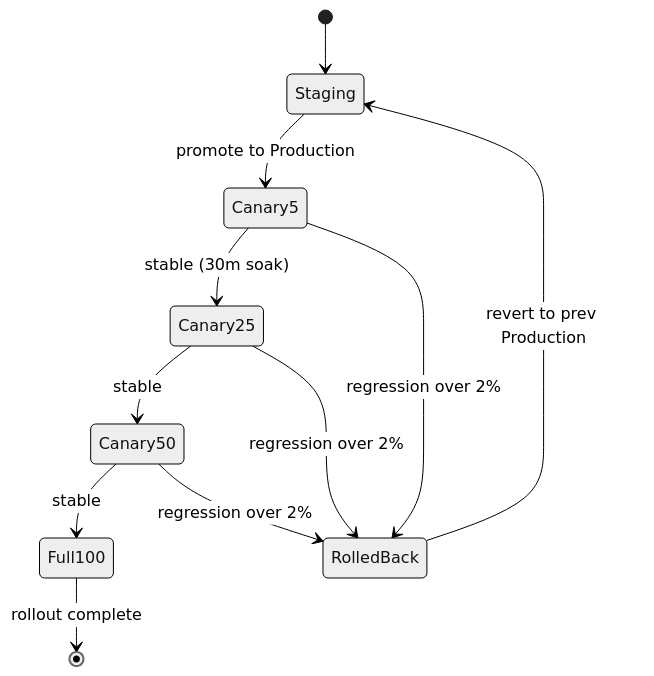
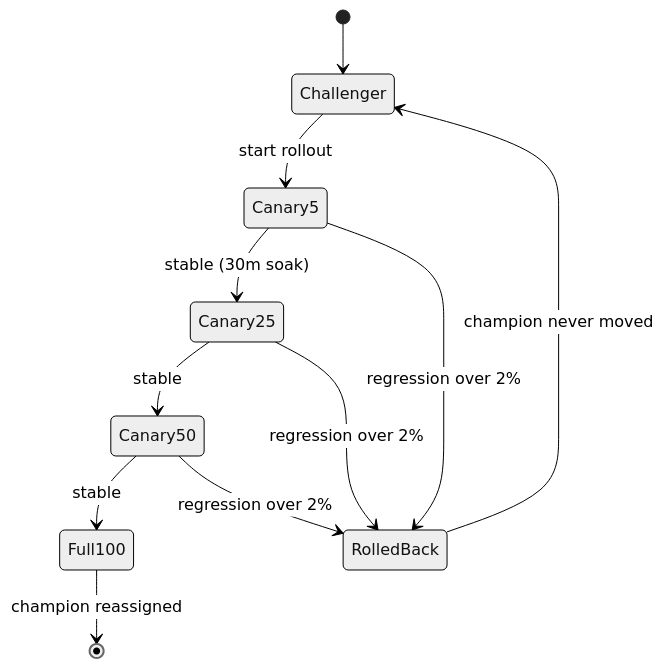
One commit to rppol/system-design changed the third of 5 diagrams in src/main/java/com/rutik/systemdesign/ml/mlops_and_ci_cd/README.md. Above: the diagram before and after it, drawn with Mermaid (neutral theme). The commit also changed other lines of this file and 114 other files, not shown here.

````diff
--- a/src/main/java/com/rutik/systemdesign/ml/mlops_and_ci_cd/README.md
+++ b/src/main/java/com/rutik/systemdesign/ml/mlops_and_ci_cd/README.md
@@ -157,13 +157,13 @@
 ```mermaid
 stateDiagram-v2
-    [*] --> Staging
-    Staging --> Canary5: promote to Production
+    [*] --> Challenger
+    Challenger --> Canary5: start rollout
     Canary5 --> Canary25: stable (30m soak)
     Canary25 --> Canary50: stable
     Canary50 --> Full100: stable
-    Full100 --> [*]: rollout complete
+    Full100 --> [*]: champion reassigned
     Canary5 --> RolledBack: regression over 2%
     Canary25 --> RolledBack: regression over 2%
     Canary50 --> RolledBack: regression over 2%
-    RolledBack --> Staging: revert to prev Production
+    RolledBack --> Challenger: champion never moved
 ```
````
